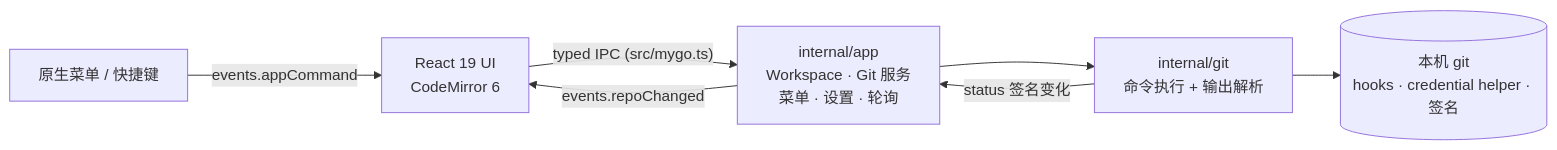
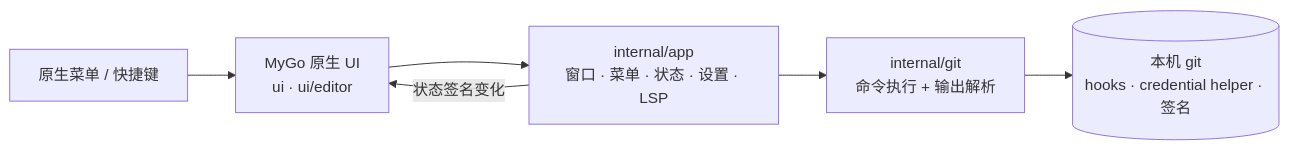
One commit to oxyuan/gitjet changed the diagram in README.md. Above: the diagram before and after it, drawn with Mermaid. The commit also changed other lines of this file and 8 other files, not shown here.

````diff
--- a/README.md
+++ b/README.md
@@ -23,9 +75,8 @@
 ```mermaid
 flowchart LR
-  menu["原生菜单 / 快捷键"] -- "events.appCommand" --> ui
-  ui["React 19 UI<br/>CodeMirror 6"] -- "typed IPC (src/mygo.ts)" --> host
-  host["internal/app<br/>Workspace · Git 服务<br/>菜单 · 设置 · 轮询"] --> core
-  core["internal/git<br/>命令执行 + 输出解析"] --> git[("本机 git<br/>hooks · credential helper · 签名")]
-  core -- "status 签名变化" --> host
-  host -- "events.repoChanged" --> ui
+  menu["原生菜单 / 快捷键"] --> ui
+  ui["MyGo 原生 UI<br/>ui · ui/editor"] --> core
+  core["internal/app<br/>窗口 · 菜单 · 状态 · 设置 · LSP"] --> git["internal/git<br/>命令执行 + 输出解析"]
+  git --> real[("本机 git<br/>hooks · credential helper · 签名")]
+  core -- "状态签名变化" --> ui
 ```
````
